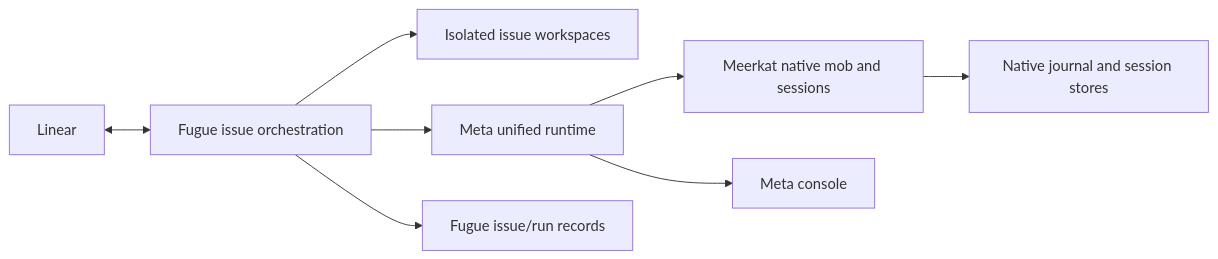
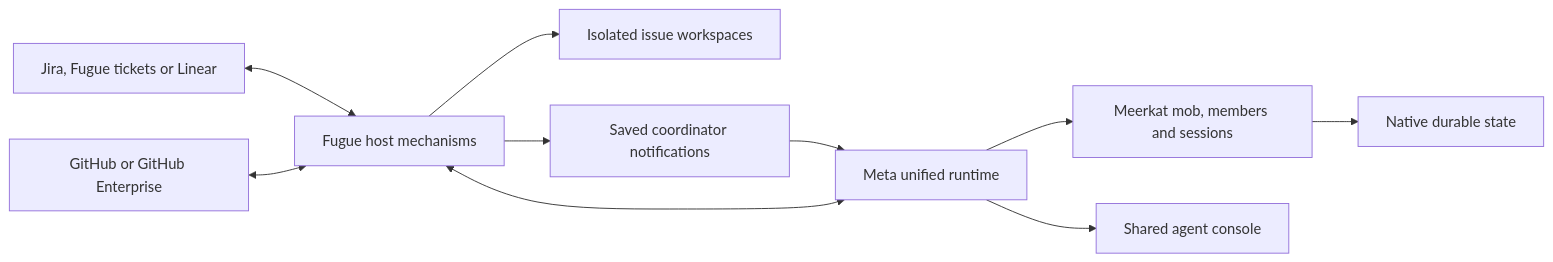
One commit to lukacf/meerkat-fugue changed the diagram in docs/architecture.mdx. Above: the diagram before and after it, drawn with Mermaid. The commit also changed other lines of this file and 6 other files, not shown here.

````diff
--- a/docs/architecture.mdx
+++ b/docs/architecture.mdx
@@ -9,10 +20,12 @@
 ```mermaid
 flowchart LR
-    Linear[Linear] <--> Fugue[Fugue issue orchestration]
-    Fugue --> Workspace[Isolated issue workspaces]
-    Fugue --> Meta[Meta unified runtime]
-    Meta --> Core[Meerkat native mob and sessions]
-    Fugue --> Runs[Fugue issue/run records]
-    Core --> Journal[Native journal and session stores]
-    Meta --> Console[Meta console]
+    Tracker["Jira, Fugue tickets or Linear"] <--> Host["Fugue host mechanisms"]
+    Git["GitHub or GitHub Enterprise"] <--> Host
+    Host --> Workspace["Isolated issue workspaces"]
+    Host --> Signals["Saved coordinator notifications"]
+    Signals --> Meta["Meta unified runtime"]
+    Host <--> Meta
+    Meta --> Core["Meerkat mob, members and sessions"]
+    Core --> State["Native durable state"]
+    Meta --> Console["Shared agent console"]
 ```
````
